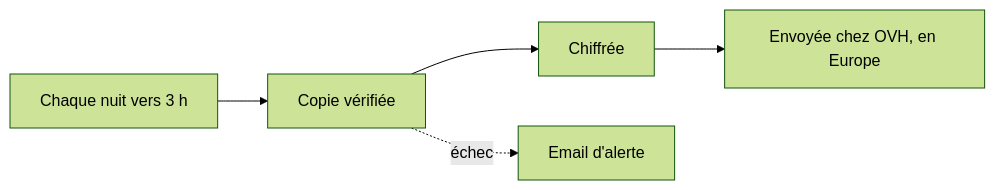
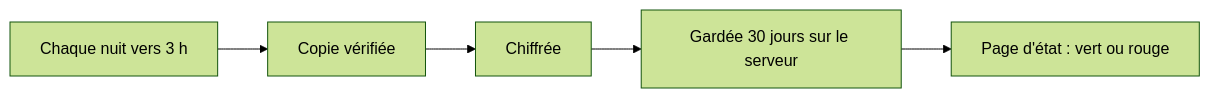
One commit to design-cpu/yeita-recrutement changed the third of 3 diagrams in hlyja/doc/produit/stockage-partage.humain.md. Above: the diagram before and after it, drawn with Mermaid (forest theme). The commit also changed other lines of this file and 29 other files, not shown here.

````diff
--- a/hlyja/doc/produit/stockage-partage.humain.md
+++ b/hlyja/doc/produit/stockage-partage.humain.md
@@ -54,7 +52,7 @@
 ```mermaid
 flowchart LR
   A[Chaque nuit vers 3 h] --> B[Copie vérifiée]
   B --> C[Chiffrée]
-  C --> D[Envoyée chez OVH, en Europe]
-  B -. échec .-> E[Email d'alerte]
+  C --> D[Gardée 30 jours sur le serveur]
+  D --> E[Page d'état : vert ou rouge]
 ```
````
